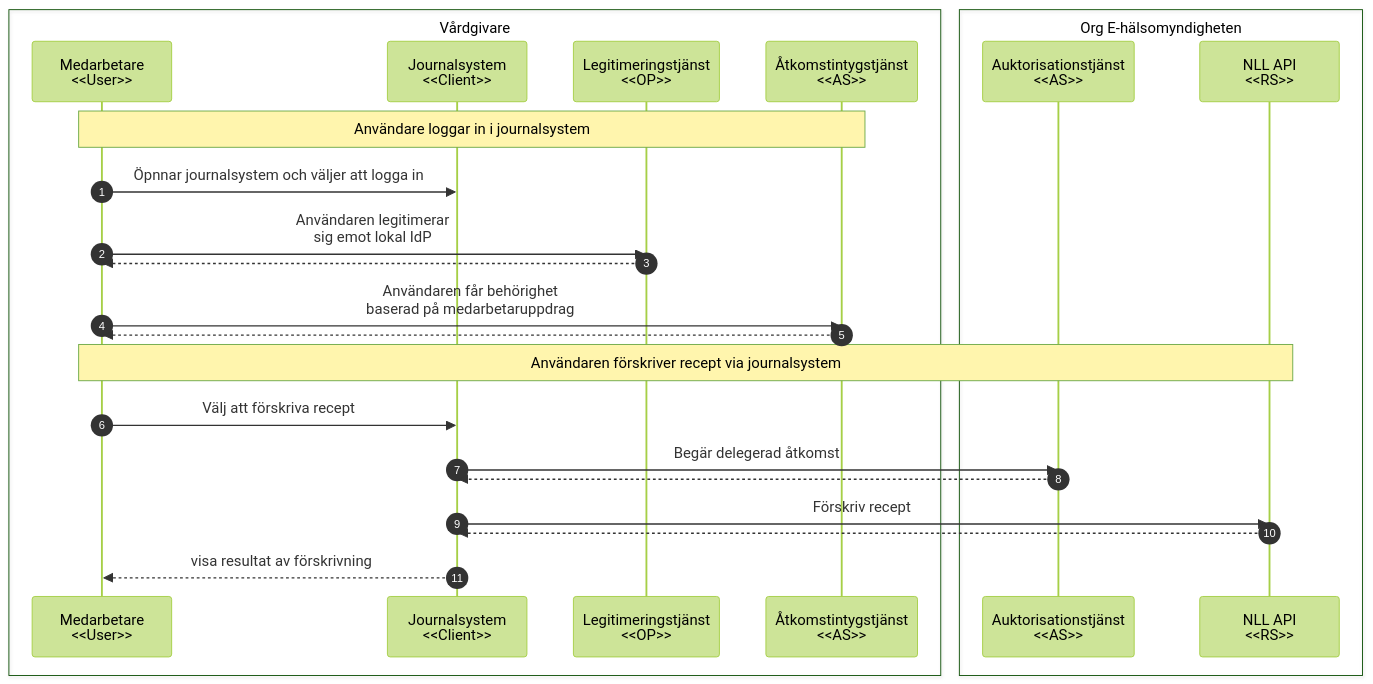
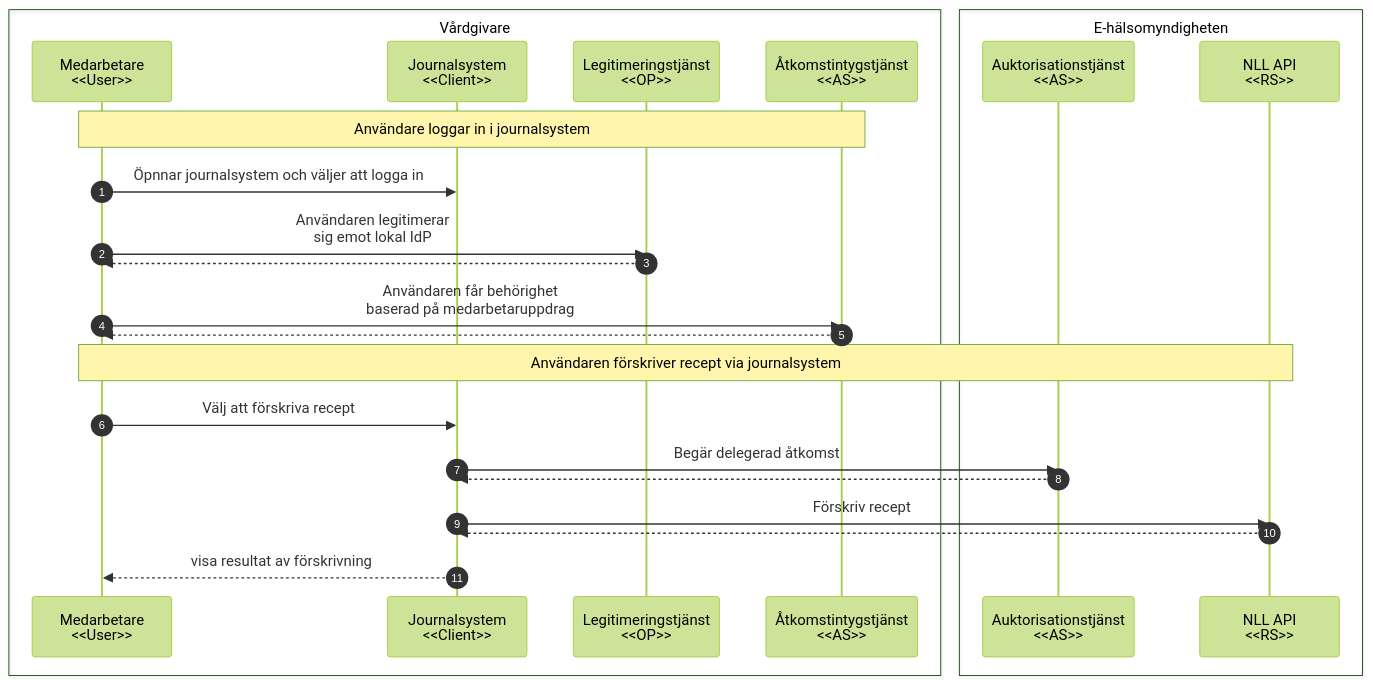
One commit to diggsweden/ena-authorization changed the eighth of 10 diagrams in architecture/drafts/IAM_TargetArchitecture_Sweden.md. Above: the diagram before and after it, drawn with Mermaid (forest theme). The commit also changed other lines of this file, not shown here.

````diff
--- a/architecture/drafts/IAM_TargetArchitecture_Sweden.md
+++ b/architecture/drafts/IAM_TargetArchitecture_Sweden.md
@@ -359,31 +357,31 @@
 ```mermaid
 %%{init: {"flowchart": {"defaultRenderer": "elk"}} }%%
 sequenceDiagram 
     autonumber
     box Vårdgivare
         participant u as Medarbetare<br><<User>>
         participant c as Journalsystem<br><<Client>>
         participant aidp as Legitimeringstjänst<br><<OP>>
         participant aas as Åtkomstintygstjänst<br><<AS>>
     end
 
-    box Org E-hälsomyndigheten 
+    box E-hälsomyndigheten 
         participant bas as Auktorisationstjänst<br><<AS>>
         participant api as NLL API<br><<RS>>
     end
 
     note over u,aas: Användare loggar in i journalsystem
     u->>c: Öpnnar journalsystem och väljer att logga in
     u->>aidp: Användaren legitimerar <br>sig emot lokal IdP
     aidp-->>u: 
     u->>aas: Användaren får behörighet<br> baserad på medarbetaruppdrag
     aas-->>u: 
 
     note over u,api: Användaren förskriver recept via journalsystem
     u->>c: Välj att förskriva recept
     c->>bas: Begär delegerad åtkomst
     bas-->>c: 
     c->>api: Förskriv recept
     api-->>c: 
     c-->>u: visa resultat av förskrivning
 ```
````
